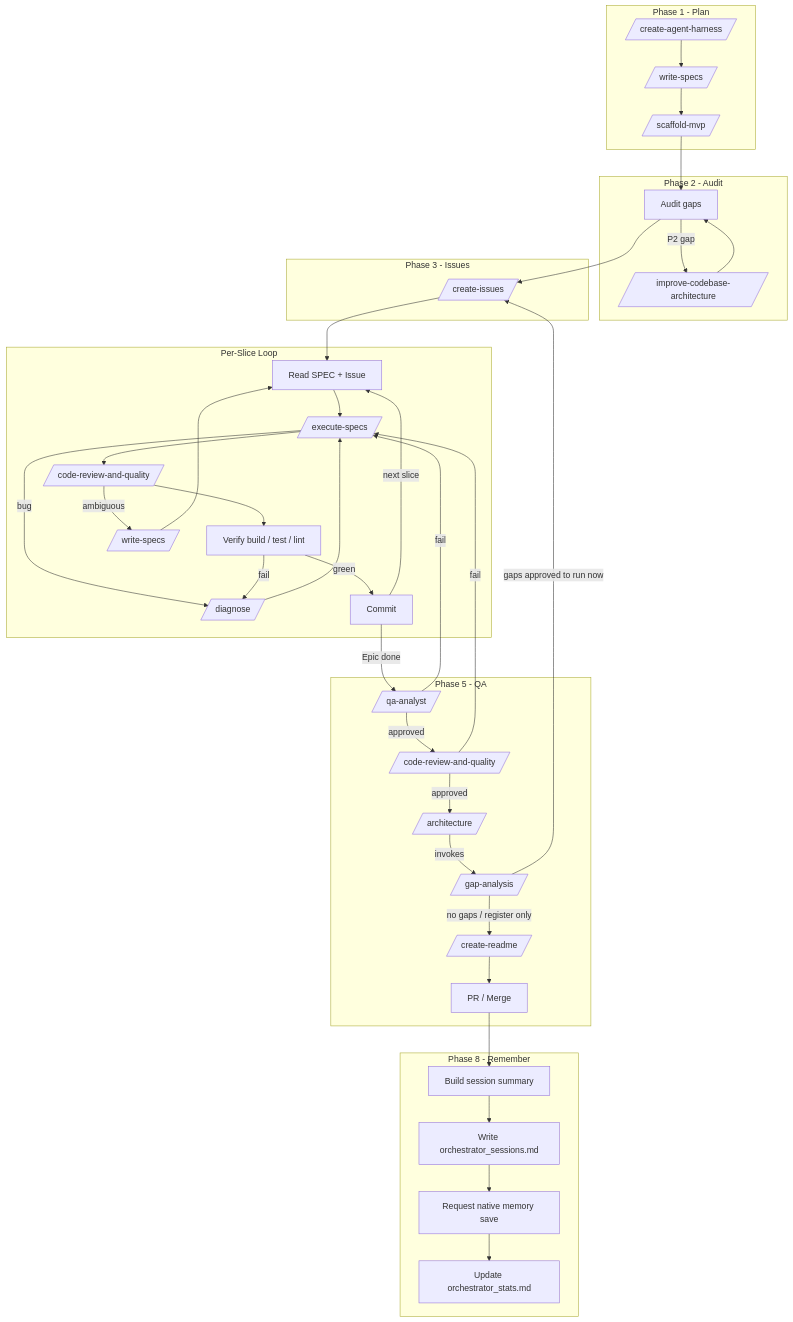
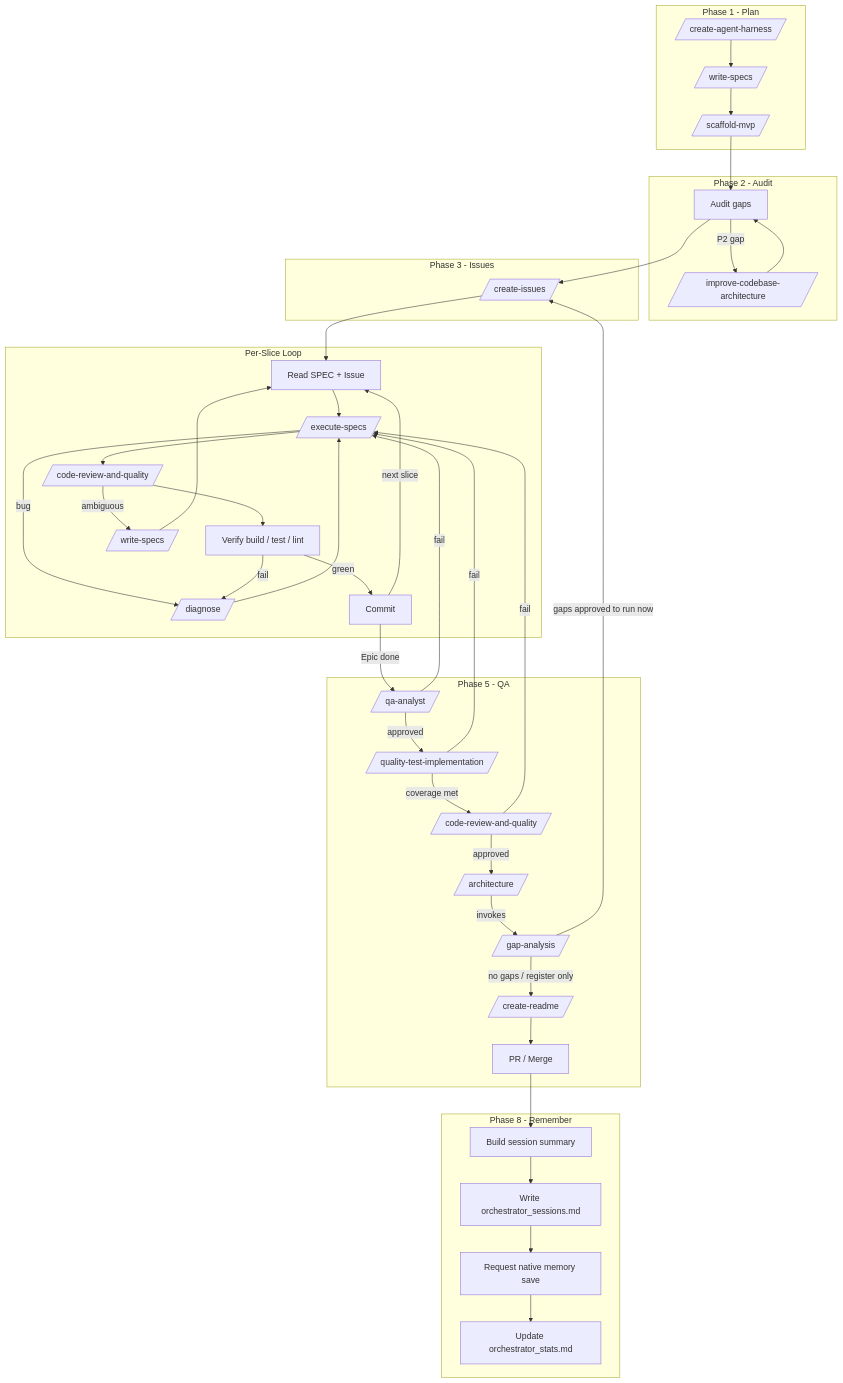
Before and after one commit to afonsoft/skills: the diagram in skills/orchestrator/SKILL.md, drawn with Mermaid. The commit also changed other lines of this file and 11 other files, not shown here.

````diff
--- a/skills/orchestrator/SKILL.md
+++ b/skills/orchestrator/SKILL.md
@@ -217,75 +217,78 @@
 ```mermaid
 flowchart TB
     subgraph Phase1["Phase 1 - Plan"]
         P1_H[/create-agent-harness/]
         P1_S[/write-specs/]
         P1_M[/scaffold-mvp/]
     end
 
     subgraph Phase2["Phase 2 - Audit"]
         P2_A["Audit gaps"]
         P2_F[/improve-codebase-architecture/]
     end
 
     subgraph Phase3["Phase 3 - Issues"]
         P3_I[/create-issues/]
     end
 
     subgraph Slice["Per-Slice Loop"]
         S_R["Read SPEC + Issue"]
         S_T[/execute-specs/]
         S_C[/code-review-and-quality/]
         S_D[/diagnose/]
         S_V["Verify build / test / lint"]
         S_G[/write-specs/]
         S_CM["Commit"]
     end
 
     subgraph Gate["Phase 5 - QA"]
         G_Q[/qa-analyst/]
+        G_T[/quality-test-implementation/]
         G_R[/code-review-and-quality/]
         G_A[/architecture/]
         G_GA[/gap-analysis/]
         G_M[/create-readme/]
         G_P["PR / Merge"]
     end
 
     P1_H --> P1_S
     P1_S --> P1_M
     P1_M --> P2_A
     P2_A -->|P2 gap| P2_F
     P2_F --> P2_A
     P2_A --> P3_I
     P3_I --> S_R
     S_R --> S_T
     S_T --> S_C
     S_C --> S_V
     S_V -->|green| S_CM
     S_T -->|bug| S_D
     S_D --> S_T
     S_C -->|ambiguous| S_G
     S_G --> S_R
     S_V -->|fail| S_D
     S_CM -->|next slice| S_R
     S_CM -->|Epic done| G_Q
-    G_Q -->|approved| G_R
+    G_Q -->|approved| G_T
     G_Q -->|fail| S_T
+    G_T -->|coverage met| G_R
+    G_T -->|fail| S_T
     G_R -->|approved| G_A
     G_A -->|invokes| G_GA
     G_GA -->|"no gaps / register only"| G_M
     G_GA -->|"gaps approved to run now"| P3_I
     G_R -->|fail| S_T
     G_M --> G_P
 
     subgraph Remember["Phase 8 - Remember"]
         R_S["Build session summary"]
         R_W["Write orchestrator_sessions.md"]
         R_N["Request native memory save"]
         R_U["Update orchestrator_stats.md"]
     end
 
     G_P --> R_S
     R_S --> R_W
     R_W --> R_N
     R_N --> R_U
 ```
````
